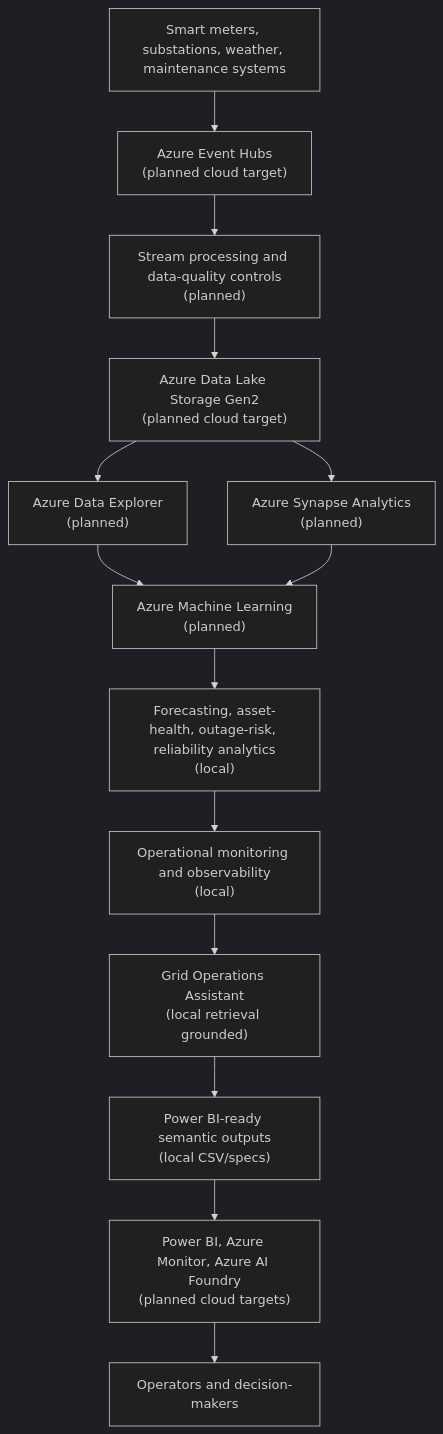
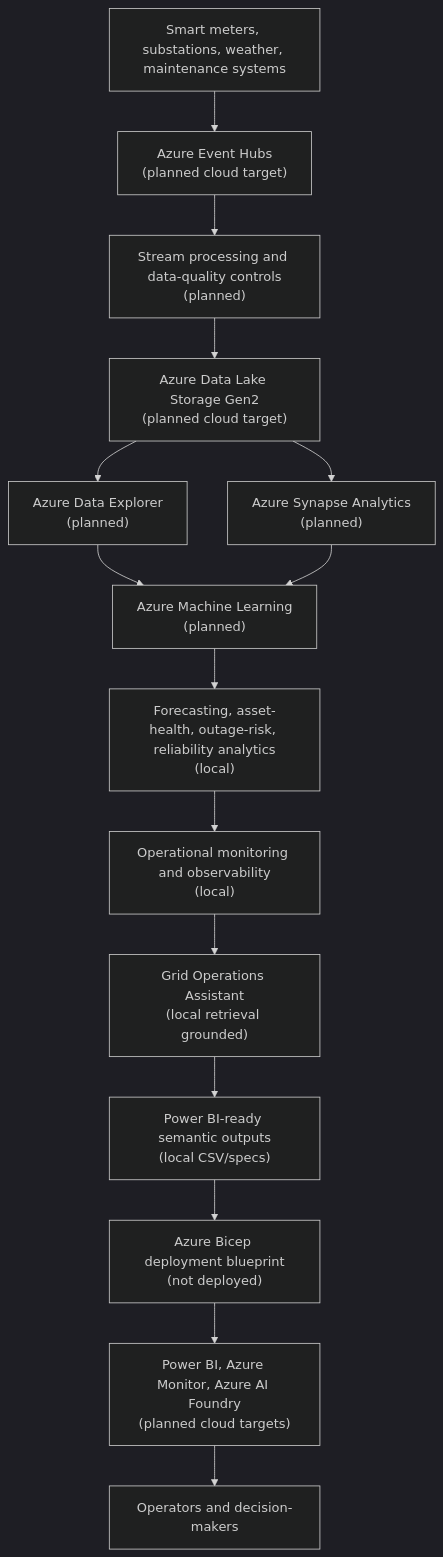
One commit to Ibraheemolasupogit/azure-grid-reliability-intelligence-platform changed the diagram in README.md. Above: the diagram before and after it, drawn with Mermaid (dark theme). The commit also changed other lines of this file and 65 other files, not shown here.

Commit message:
Add Azure reference architecture blueprint

````diff
--- a/README.md
+++ b/README.md
@@ -28,23 +28,24 @@
 ```mermaid
 flowchart TD
     sources["Smart meters, substations, weather, maintenance systems"]
     event_hubs["Azure Event Hubs<br/>(planned cloud target)"]
     stream["Stream processing and data-quality controls<br/>(planned)"]
     lake["Azure Data Lake Storage Gen2<br/>(planned cloud target)"]
     adx["Azure Data Explorer<br/>(planned)"]
     synapse["Azure Synapse Analytics<br/>(planned)"]
     aml["Azure Machine Learning<br/>(planned)"]
     intelligence["Forecasting, asset-health, outage-risk, reliability analytics<br/>(local)"]
     monitoring["Operational monitoring and observability<br/>(local)"]
     assistant["Grid Operations Assistant<br/>(local retrieval grounded)"]
     reporting["Power BI-ready semantic outputs<br/>(local CSV/specs)"]
+    blueprint["Azure Bicep deployment blueprint<br/>(not deployed)"]
     operations["Power BI, Azure Monitor, Azure AI Foundry<br/>(planned cloud targets)"]
     users["Operators and decision-makers"]
 
     sources --> event_hubs --> stream --> lake
     lake --> adx
     lake --> synapse
     adx --> aml
     synapse --> aml
-    aml --> intelligence --> monitoring --> assistant --> reporting --> operations --> users
+    aml --> intelligence --> monitoring --> assistant --> reporting --> blueprint --> operations --> users
 ```
````
